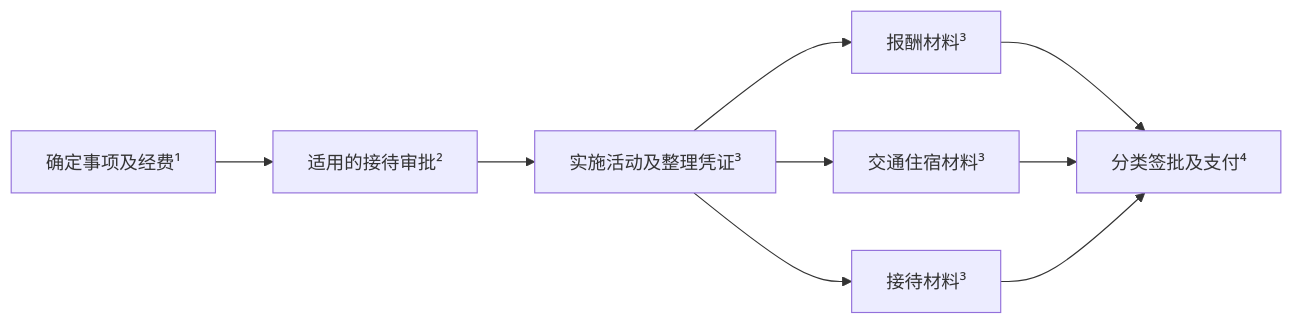
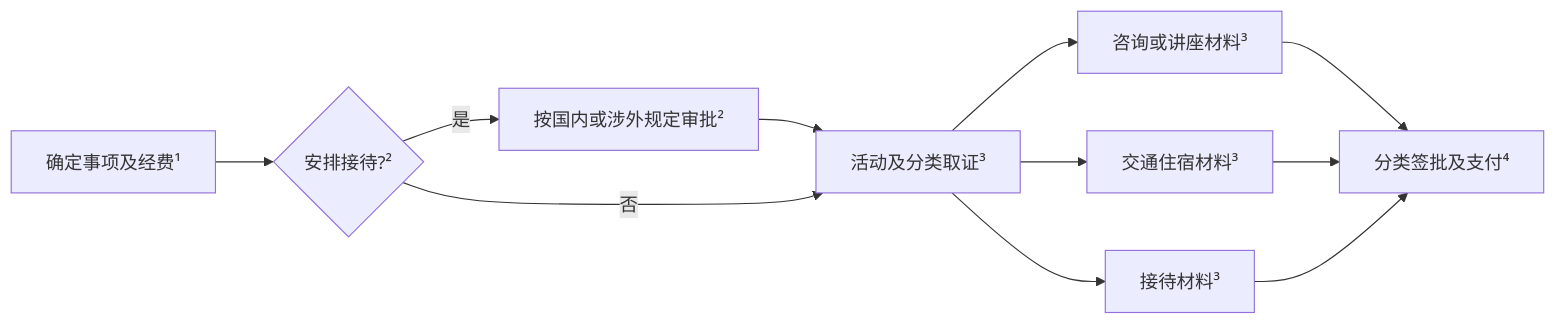
Before and after one commit to MTandHJ/mtandhj.github.io: the seventh of 7 diagrams in content/posts/life/AHNU-财务.md, drawn with Mermaid. The commit also changed other lines of this file and 2 other files, not shown here.

````diff
--- a/content/posts/life/AHNU-财务.md
+++ b/content/posts/life/AHNU-财务.md
@@ -146,7 +198,9 @@
 ```mermaid
 flowchart LR
-    A[确定事项及经费¹] --> B[适用的接待审批²] --> C[实施活动及整理凭证³]
-    C --> D[报酬材料³] --> G[分类签批及支付⁴]
-    C --> E[交通住宿材料³] --> G
-    C --> F[接待材料³] --> G
+    A[确定事项及经费¹] --> B{安排接待?²}
+    B -- 是 --> C[按国内或涉外规定审批²] --> D[活动及分类取证³]
+    B -- 否 --> D
+    D --> E[咨询或讲座材料³] --> H[分类签批及支付⁴]
+    D --> F[交通住宿材料³] --> H
+    D --> G[接待材料³] --> H
 ```
````
